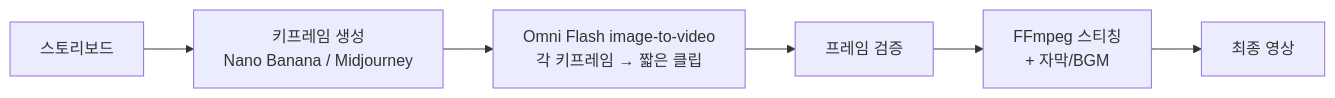
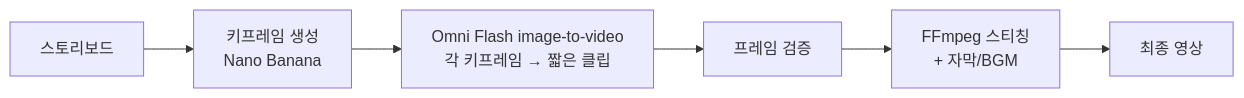
Before and after one commit to bys724/claude-skills: the diagram in plugins/ys-research/skills/design-partner/references/video-workflow.md, drawn with Mermaid. The commit also changed other lines of this file and 10 other files, not shown here.

First line of the commit message:
refactor(design-partner): drop Midjourney, Nano Banana only (v1.3.0)

````diff
--- a/plugins/ys-research/skills/design-partner/references/video-workflow.md
+++ b/plugins/ys-research/skills/design-partner/references/video-workflow.md
@@ -9,8 +9,8 @@
 ```mermaid
 graph LR
-    A[스토리보드] --> B[키프레임 생성<br/>Nano Banana / Midjourney]
+    A[스토리보드] --> B[키프레임 생성<br/>Nano Banana]
     B --> C[Omni Flash image-to-video<br/>각 키프레임 → 짧은 클립]
     C --> D[프레임 검증]
     D --> E[FFmpeg 스티칭<br/>+ 자막/BGM]
     E --> F[최종 영상]
 ```
````
